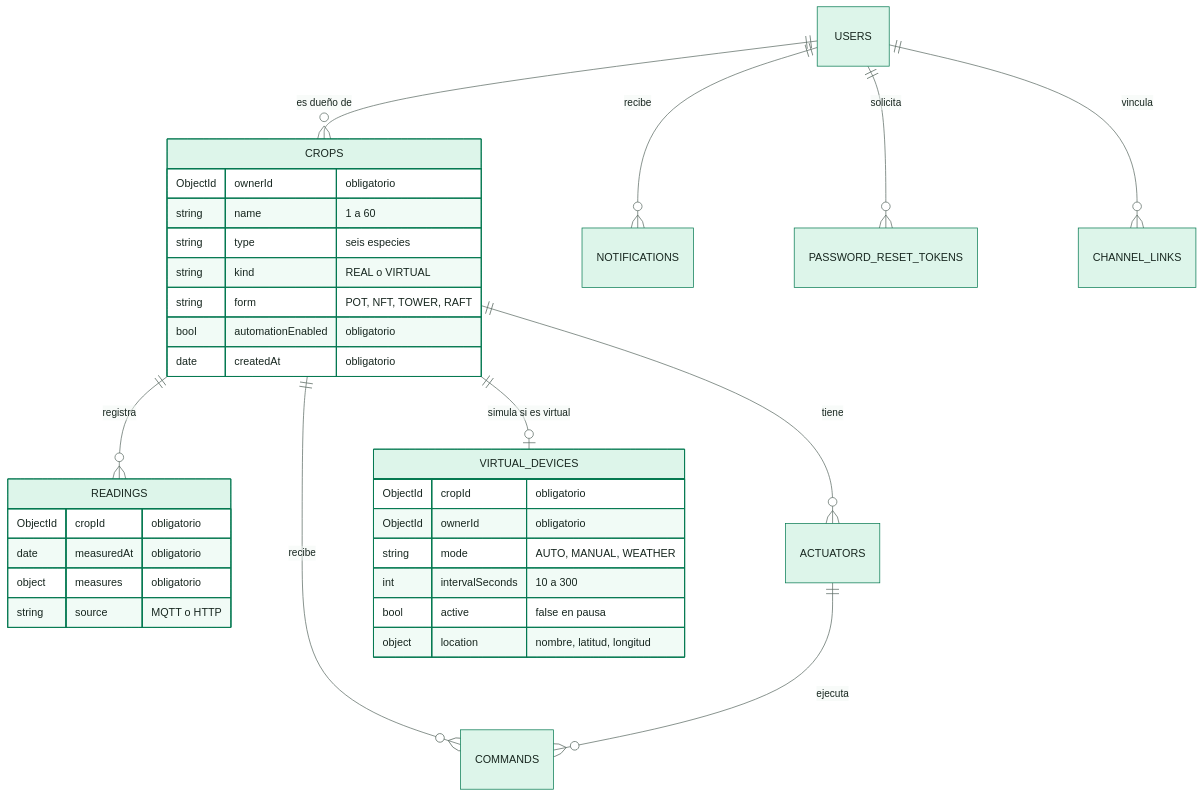
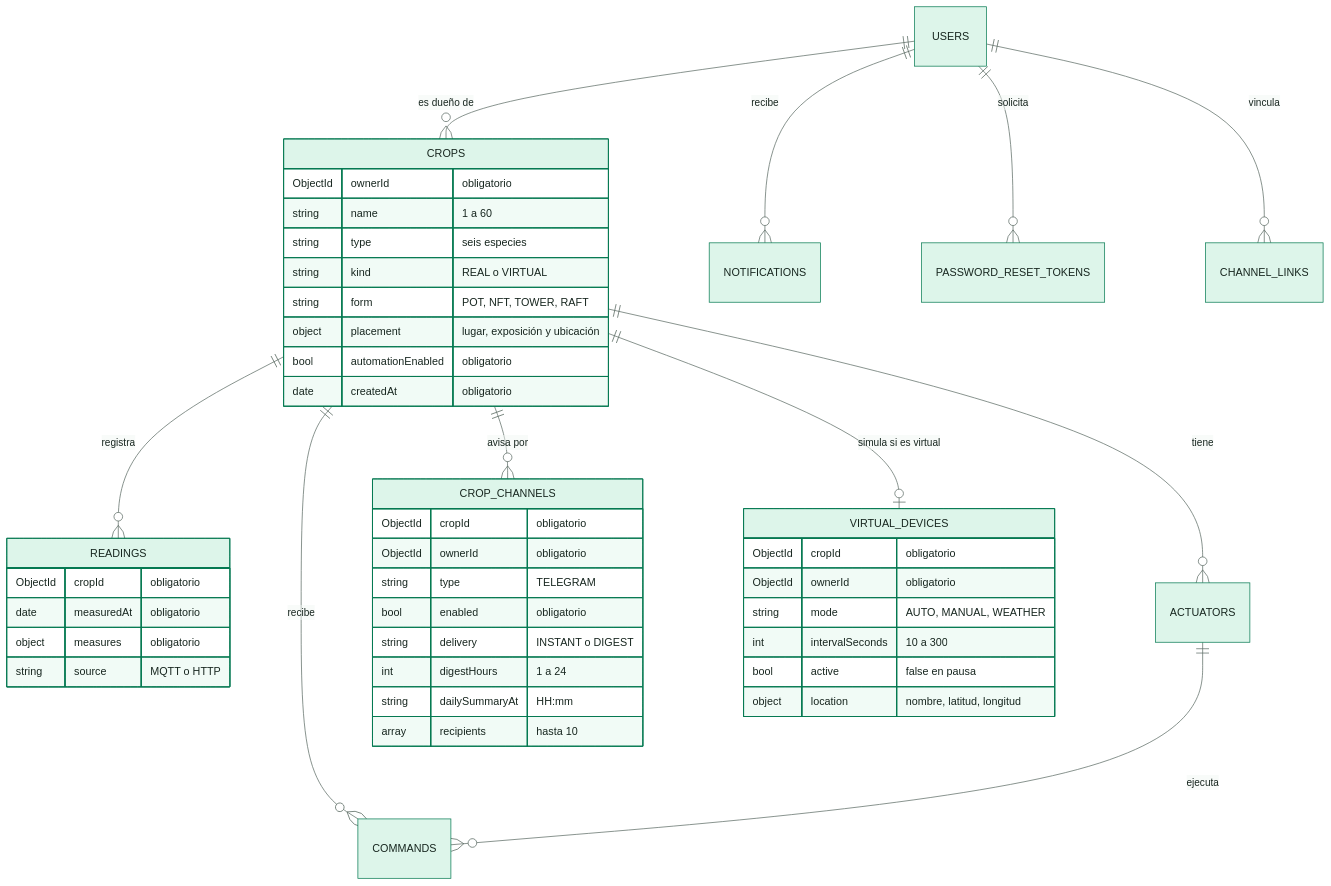
The diagram in docs/diagrams/SmartPot_DB_01_Collections.mmd (SmartPotTech/SmartPot-DB), drawn with Mermaid before and after one commit.

Commit message:
Add crop placement and crop channels to the collections diagram
Crops keep their place and crop_channels holds the per-crop alerts.

```diff
--- a/docs/diagrams/SmartPot_DB_01_Collections.mmd
+++ b/docs/diagrams/SmartPot_DB_01_Collections.mmd
@@ -1,34 +1,46 @@
 %%{init: {"theme": "base", "fontFamily": "Segoe UI, Arial, sans-serif", "themeVariables": {"fontFamily": "Segoe UI, Arial, sans-serif", "fontSize": "15px", "primaryColor": "#DDF5EA", "primaryTextColor": "#17261F", "primaryBorderColor": "#067A52", "secondaryColor": "#E3F2FB", "secondaryTextColor": "#17261F", "secondaryBorderColor": "#1F6FA0", "tertiaryColor": "#F2F7F4", "tertiaryTextColor": "#17261F", "tertiaryBorderColor": "#D5E3DC", "lineColor": "#5B6B63", "textColor": "#17261F", "mainBkg": "#DDF5EA", "nodeBorder": "#067A52", "clusterBkg": "#F7FAF8", "clusterBorder": "#D5E3DC", "edgeLabelBackground": "#FFFFFF", "actorBkg": "#067A52", "actorBorder": "#0B3D2B", "actorTextColor": "#FFFFFF", "actorLineColor": "#5B6B63", "signalColor": "#17261F", "signalTextColor": "#17261F", "labelBoxBkgColor": "#0B3D2B", "labelBoxBorderColor": "#0B3D2B", "labelTextColor": "#FFFFFF", "loopTextColor": "#0B3D2B", "noteBkgColor": "#FDF4DD", "noteBorderColor": "#C98D12", "noteTextColor": "#17261F", "activationBkgColor": "#DDF5EA", "activationBorderColor": "#067A52", "attributeBackgroundColorOdd": "#FFFFFF", "attributeBackgroundColorEven": "#F2F7F4"}}}%%
 erDiagram
   USERS ||--o{ CROPS : "es dueño de"
   USERS ||--o{ NOTIFICATIONS : "recibe"
   USERS ||--o{ PASSWORD_RESET_TOKENS : "solicita"
   USERS ||--o{ CHANNEL_LINKS : "vincula"
   CROPS ||--o{ READINGS : "registra"
   CROPS ||--o{ ACTUATORS : "tiene"
   CROPS ||--o{ COMMANDS : "recibe"
+  CROPS ||--o{ CROP_CHANNELS : "avisa por"
   CROPS ||--o| VIRTUAL_DEVICES : "simula si es virtual"
   ACTUATORS ||--o{ COMMANDS : "ejecuta"
   CROPS {
     ObjectId ownerId "obligatorio"
     string name "1 a 60"
     string type "seis especies"
     string kind "REAL o VIRTUAL"
     string form "POT, NFT, TOWER, RAFT"
+    object placement "lugar, exposición y ubicación"
     bool automationEnabled "obligatorio"
     date createdAt "obligatorio"
   }
   READINGS {
     ObjectId cropId "obligatorio"
     date measuredAt "obligatorio"
     object measures "obligatorio"
     string source "MQTT o HTTP"
   }
+  CROP_CHANNELS {
+    ObjectId cropId "obligatorio"
+    ObjectId ownerId "obligatorio"
+    string type "TELEGRAM"
+    bool enabled "obligatorio"
+    string delivery "INSTANT o DIGEST"
+    int digestHours "1 a 24"
+    string dailySummaryAt "HH:mm"
+    array recipients "hasta 10"
+  }
   VIRTUAL_DEVICES {
     ObjectId cropId "obligatorio"
     ObjectId ownerId "obligatorio"
     string mode "AUTO, MANUAL, WEATHER"
     int intervalSeconds "10 a 300"
     bool active "false en pausa"
     object location "nombre, latitud, longitud"
   }
```
